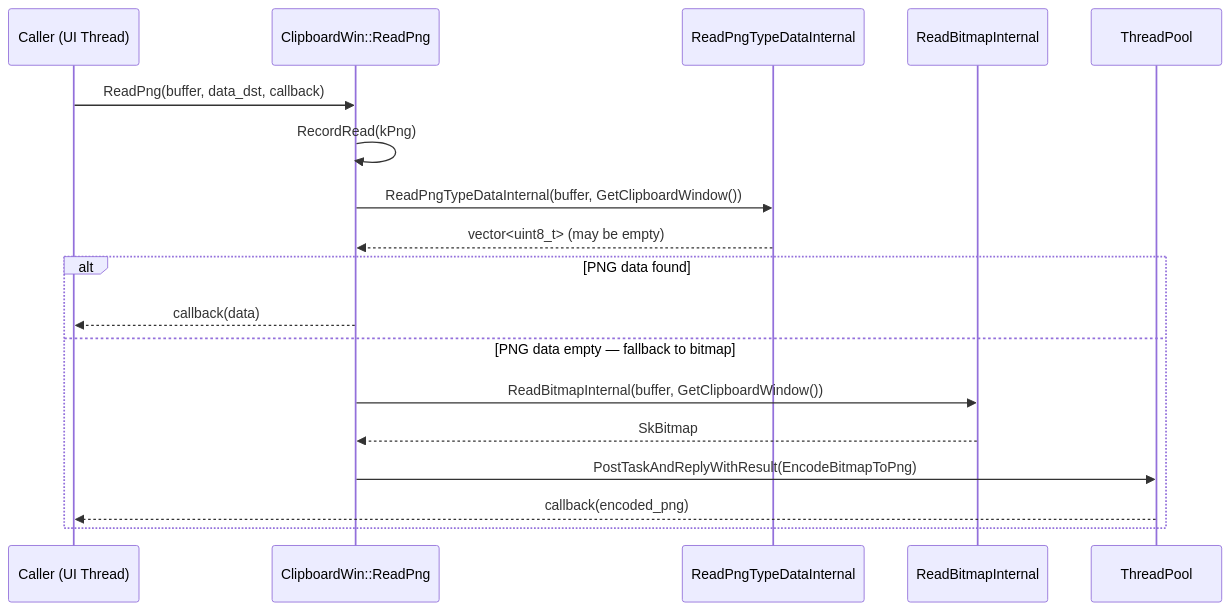
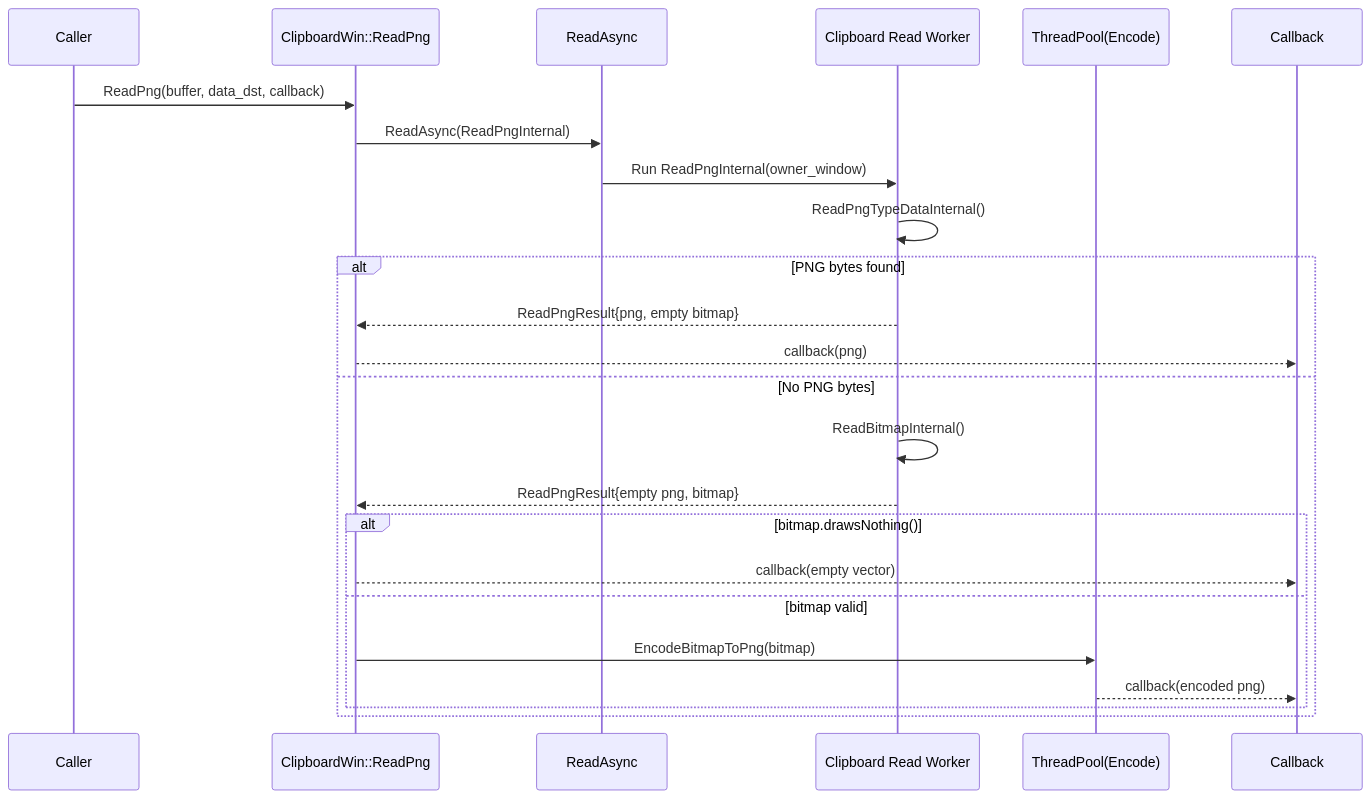
Before and after one commit to roraja/cr-llm-docs: the sixth of 10 diagrams in fixes/cl-7578053-20260220/lld.md, drawn with Mermaid. The commit also changed other lines of this file, not shown here.

````diff
--- a/fixes/cl-7578053-20260220/lld.md
+++ b/fixes/cl-7578053-20260220/lld.md
@@ -81,21 +415,27 @@
 ```mermaid
 sequenceDiagram
-    participant Caller as Caller (UI Thread)
-    participant ReadPng as ClipboardWin::ReadPng
-    participant ReadPngData as ReadPngTypeDataInternal
-    participant ReadBitmap as ReadBitmapInternal
-    participant ThreadPool as ThreadPool
+    participant C as Caller
+    participant RW as ClipboardWin::ReadPng
+    participant RA as ReadAsync
+    participant W as Clipboard Read Worker
+    participant TP as ThreadPool(Encode)
+    participant CB as Callback
 
-    Caller->>ReadPng: ReadPng(buffer, data_dst, callback)
-    ReadPng->>ReadPng: RecordRead(kPng)
-    ReadPng->>ReadPngData: ReadPngTypeDataInternal(buffer, GetClipboardWindow())
-    ReadPngData-->>ReadPng: vector<uint8_t> (may be empty)
-    alt PNG data found
-        ReadPng-->>Caller: callback(data)
-    else PNG data empty — fallback to bitmap
-        ReadPng->>ReadBitmap: ReadBitmapInternal(buffer, GetClipboardWindow())
-        ReadBitmap-->>ReadPng: SkBitmap
-        ReadPng->>ThreadPool: PostTaskAndReplyWithResult(EncodeBitmapToPng)
-        ThreadPool-->>Caller: callback(encoded_png)
+    C->>RW: ReadPng(buffer, data_dst, callback)
+    RW->>RA: ReadAsync(ReadPngInternal)
+    RA->>W: Run ReadPngInternal(owner_window)
+    W->>W: ReadPngTypeDataInternal()
+    alt PNG bytes found
+        W-->>RW: ReadPngResult{png, empty bitmap}
+        RW-->>CB: callback(png)
+    else No PNG bytes
+        W->>W: ReadBitmapInternal()
+        W-->>RW: ReadPngResult{empty png, bitmap}
+        alt bitmap.drawsNothing()
+            RW-->>CB: callback(empty vector)
+        else bitmap valid
+            RW->>TP: EncodeBitmapToPng(bitmap)
+            TP-->>CB: callback(encoded png)
+        end
     end
 ```
````
